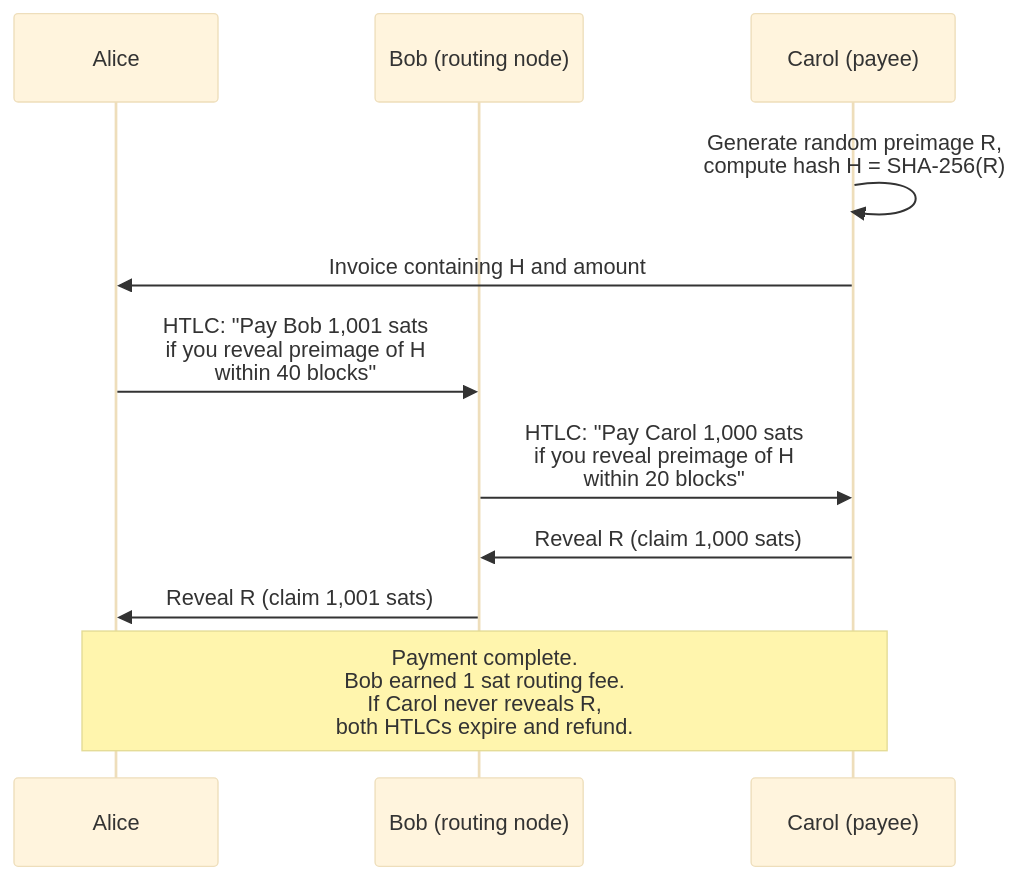
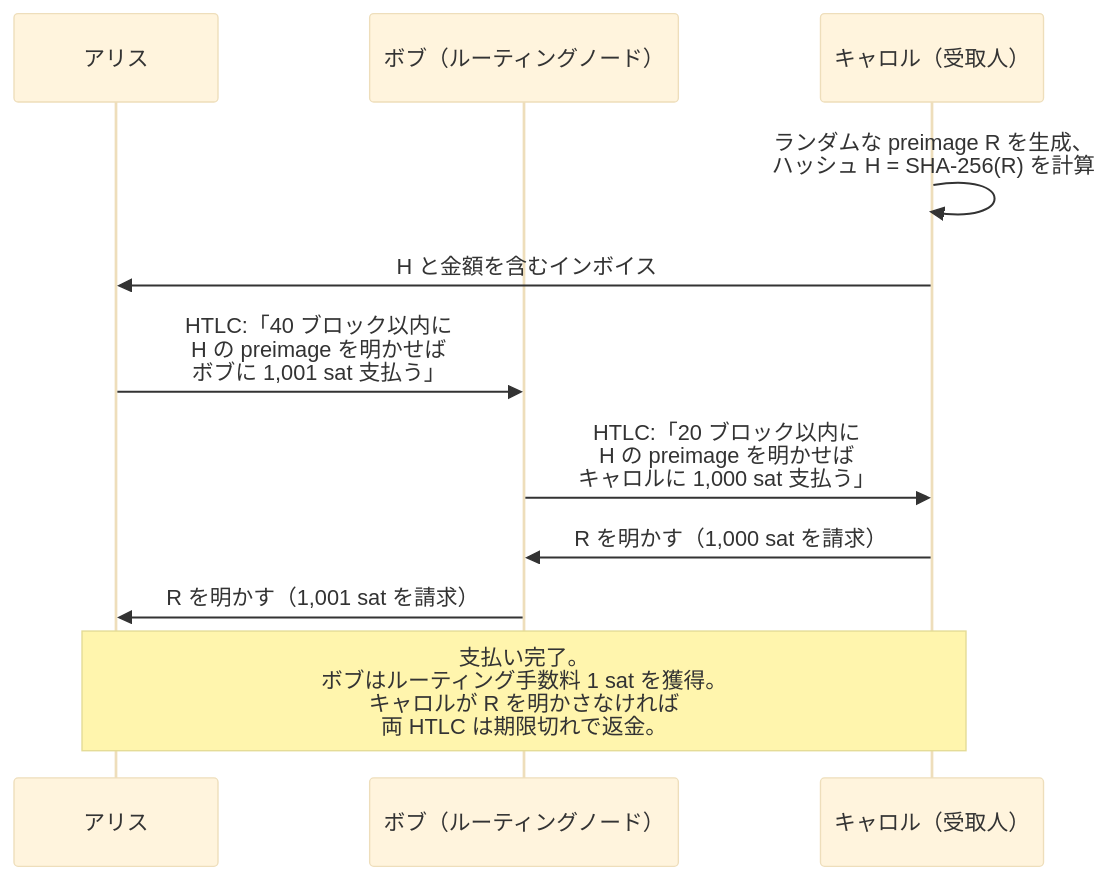
Before and after one commit to cypher256/BitcoinArchive: the third of 6 diagrams in src/data/translations/ja/design/2009-01-03-bitcoin-ecosystem-design.md, drawn with Mermaid (base theme). The commit also changed other lines of this file and 11 other files, not shown here.

````diff
--- a/src/data/translations/ja/design/2009-01-03-bitcoin-ecosystem-design.md
+++ b/src/data/translations/ja/design/2009-01-03-bitcoin-ecosystem-design.md
@@ -120,17 +120,17 @@
 ```mermaid
 sequenceDiagram
-    participant A as Alice
-    participant B as Bob (routing node)
-    participant C as Carol (payee)
+    participant A as アリス
+    participant B as ボブ（ルーティングノード）
+    participant C as キャロル（受取人）
 
-    C->>C: Generate random preimage R,<br/>compute hash H = SHA-256(R)
-    C->>A: Invoice containing H and amount
+    C->>C: ランダムな preimage R を生成、<br/>ハッシュ H = SHA-256(R) を計算
+    C->>A: H と金額を含むインボイス
 
-    A->>B: HTLC: "Pay Bob 1,001 sats<br/>if you reveal preimage of H<br/>within 40 blocks"
-    B->>C: HTLC: "Pay Carol 1,000 sats<br/>if you reveal preimage of H<br/>within 20 blocks"
+    A->>B: HTLC:「40 ブロック以内に<br/>H の preimage を明かせば<br/>ボブに 1,001 sat 支払う」
+    B->>C: HTLC:「20 ブロック以内に<br/>H の preimage を明かせば<br/>キャロルに 1,000 sat 支払う」
 
-    C->>B: Reveal R (claim 1,000 sats)
-    B->>A: Reveal R (claim 1,001 sats)
+    C->>B: R を明かす（1,000 sat を請求）
+    B->>A: R を明かす（1,001 sat を請求）
 
-    Note over A,C: Payment complete.<br/>Bob earned 1 sat routing fee.<br/>If Carol never reveals R,<br/>both HTLCs expire and refund.
+    Note over A,C: 支払い完了。<br/>ボブはルーティング手数料 1 sat を獲得。<br/>キャロルが R を明かさなければ<br/>両 HTLC は期限切れで返金。
 ```
````
